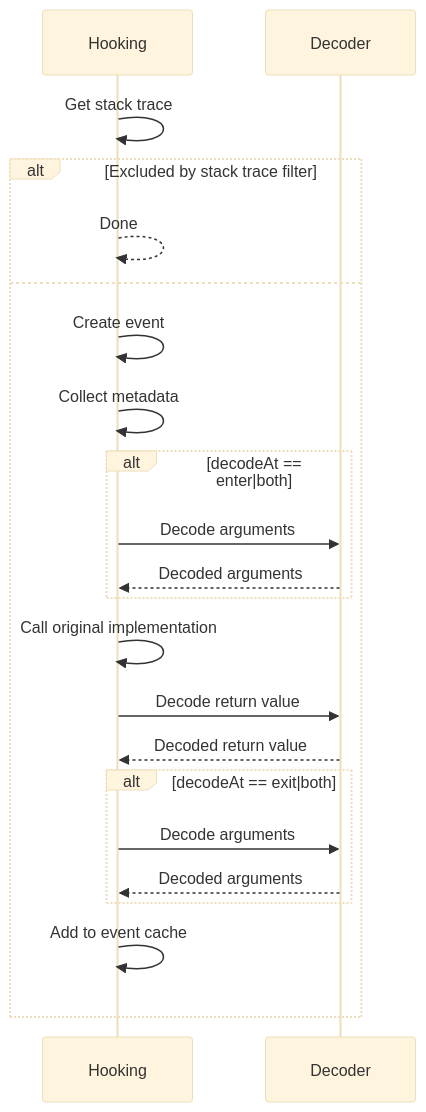
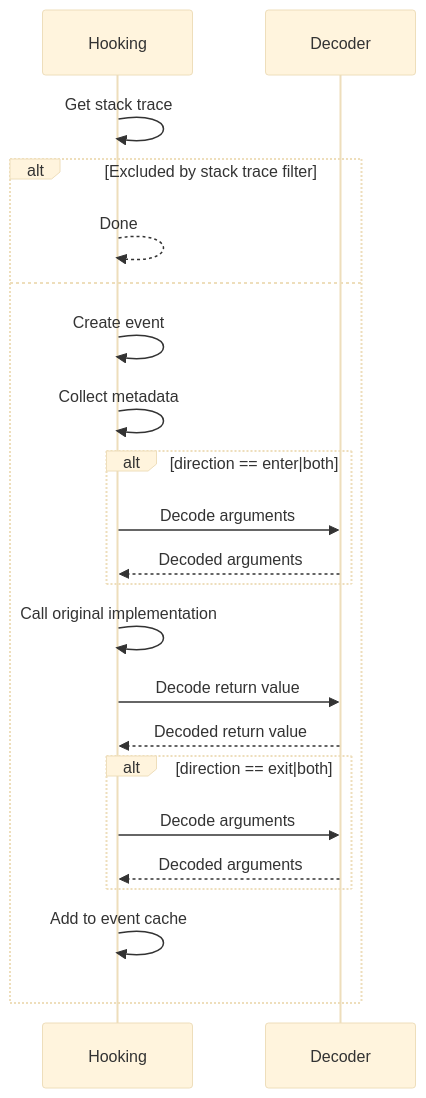
Before and after one commit to cpholguera/frooky: the second of 3 diagrams in frooky/agent/doc/README.md, drawn with Mermaid (base theme). The commit also changed other lines of this file and 59 other files, not shown here.

````diff
--- a/frooky/agent/doc/README.md
+++ b/frooky/agent/doc/README.md
@@ -87,31 +82,31 @@
 ```mermaid
 sequenceDiagram
     participant H as Hooking
     participant D as Decoder
 
     H->>H: Get stack trace
 
     alt Excluded by stack trace filter
         H-->>H: Done
     else
         H->>H: Create event
         H->>H: Collect metadata
 
-        alt decodeAt == enter|both
+        alt direction == enter|both
             H->>D: Decode arguments
             D-->>H: Decoded arguments
         end
 
         H->>H: Call original implementation
         H->>D: Decode return value
         D-->>H: Decoded return value
 
-        alt decodeAt == exit|both
+        alt direction == exit|both
             H->>D: Decode arguments
             D-->>H: Decoded arguments
         end
 
         H->>H: Add to event cache
     end
 
 ```
````
